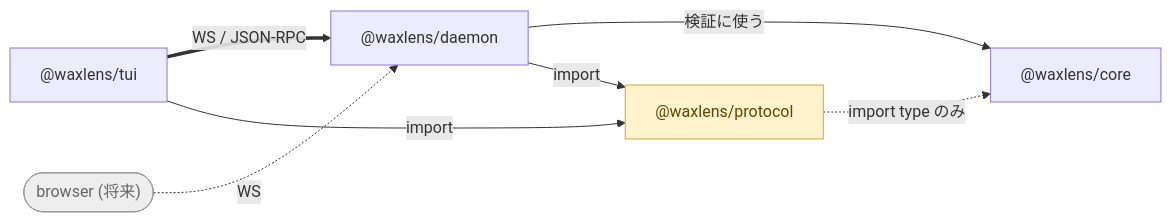
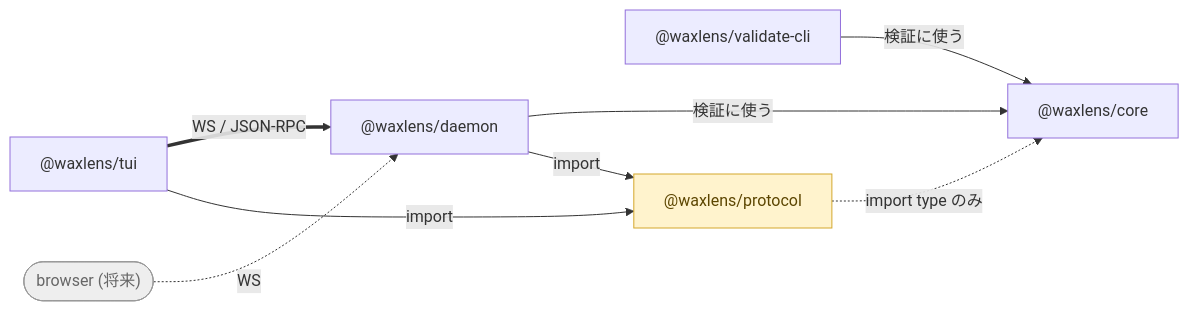
The diagram in docs-site/src/content/docs/ja/architecture.md (uraitakahito/waxlens), drawn with Mermaid before and after one commit. The commit also changed other lines of this file and 25 other files, not shown here.

First line of the commit message:
feat!: waxlens-validate を @waxlens/validate-cli に切り出す (#132)

````diff
--- a/docs-site/src/content/docs/ja/architecture.md
+++ b/docs-site/src/content/docs/ja/architecture.md
@@ -24,14 +25,15 @@
 ```mermaid
 flowchart LR
     tui["@waxlens/tui"] ==>|"WS / JSON-RPC"| daemon["@waxlens/daemon"]
     browser(["browser (将来)"]) -.->|"WS"| daemon
-    daemon -->|"検証に使う"| core["@waxlens/core"]
+    cli["@waxlens/validate-cli"] -->|"検証に使う"| core["@waxlens/core"]
+    daemon -->|"検証に使う"| core
     tui -->|import| protocol["@waxlens/protocol"]
     daemon -->|import| protocol
     protocol -.->|"import type のみ"| core
 
     classDef contract fill:#fff3cd,stroke:#d4a72c,color:#5c4500;
     classDef future fill:#eeeeee,stroke:#999999,color:#666666;
     class protocol contract;
     class browser future;
 ```
````
